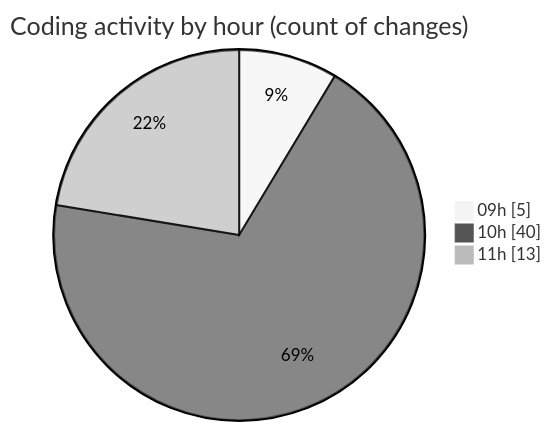
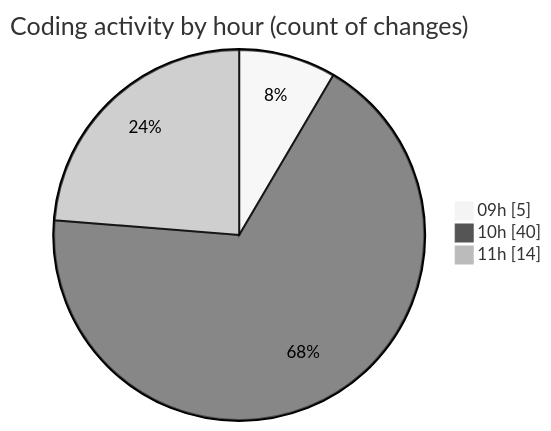
The second of 2 diagrams in 2025-06-02/ecodeli-1/README.md (CELIANVF/code-tracking), drawn with Mermaid (neutral theme) before and after one commit. The commit also changed other lines of this file and 1 other file, not shown here.

````diff
--- a/2025-06-02/ecodeli-1/README.md
+++ b/2025-06-02/ecodeli-1/README.md
@@ -69,7 +69,7 @@
 ```mermaid
 pie showData
 title Coding activity by hour (count of changes)
 "09h" : 5
 "10h" : 40
-"11h" : 13
+"11h" : 14
 ```
````
